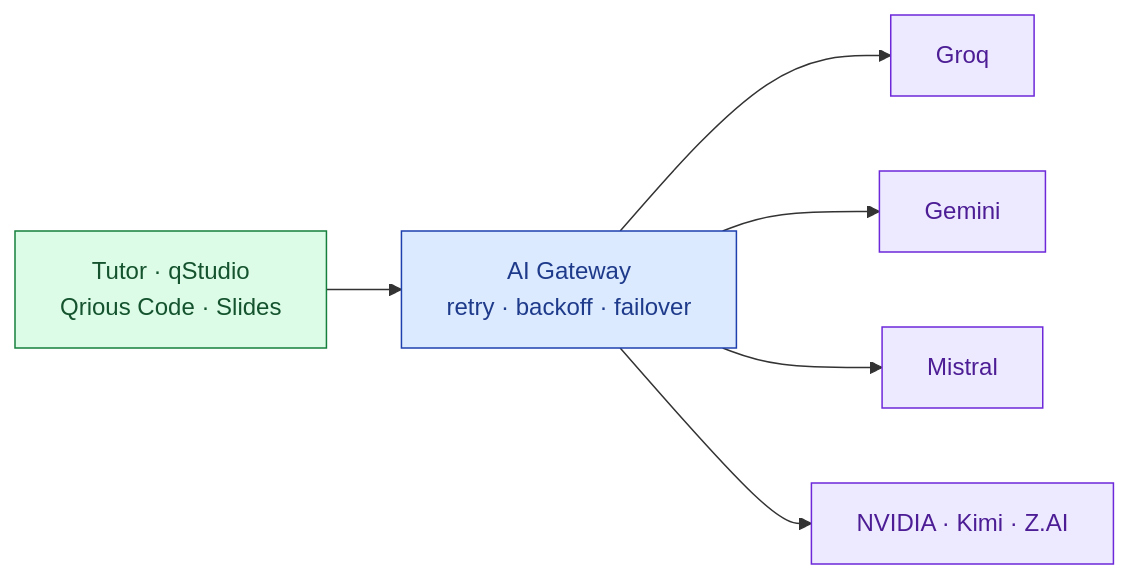
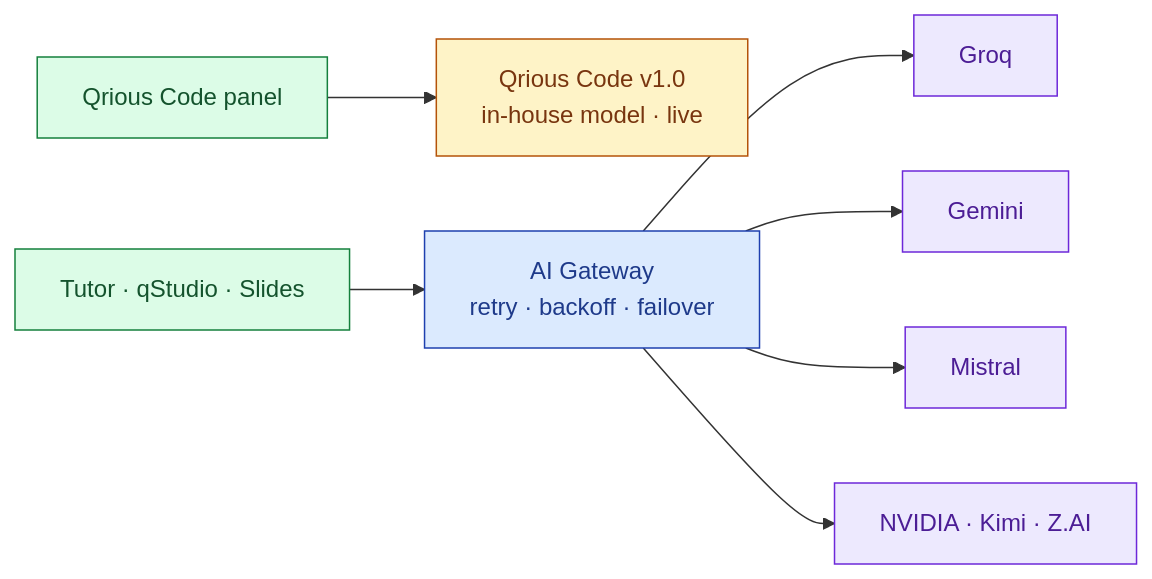
Before and after one commit to sarvan-2187/sih: the fourth of 7 diagrams in README.md, drawn with Mermaid. The commit also changed other lines of this file, not shown here.

````diff
--- a/README.md
+++ b/README.md
@@ -140,12 +142,15 @@
 ```mermaid
 flowchart LR
     classDef a fill:#dcfce7,stroke:#15803d,color:#14532d
     classDef b fill:#dbeafe,stroke:#1e40af,color:#1e3a8a
     classDef c fill:#ede9fe,stroke:#6d28d9,color:#4c1d95
+    classDef m fill:#fef3c7,stroke:#b45309,color:#78350f
 
-    F["Tutor · qStudio<br/>Qrious Code · Slides"]:::a --> GW["AI Gateway<br/>retry · backoff · failover"]:::b
+    QC["Qrious Code panel"]:::a --> M1["Qrious Code v1.0<br/>in-house model · live"]:::m
+
+    F["Tutor · qStudio · Slides"]:::a --> GW["AI Gateway<br/>retry · backoff · failover"]:::b
     GW --> P1["Groq"]:::c
     GW --> P2["Gemini"]:::c
     GW --> P3["Mistral"]:::c
     GW --> P4["NVIDIA · Kimi · Z.AI"]:::c
 ```
````
